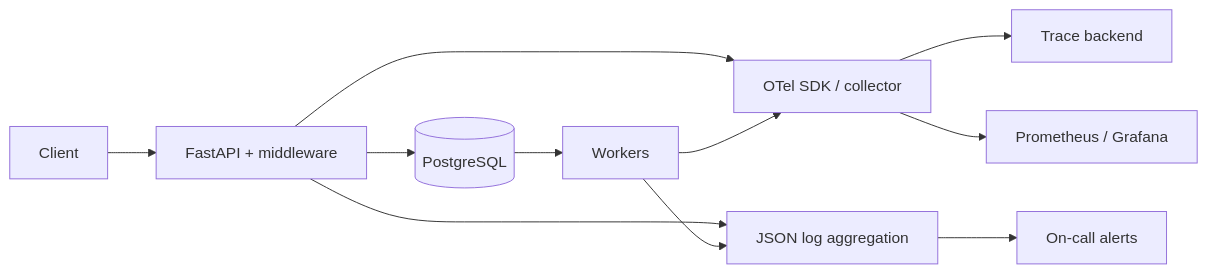
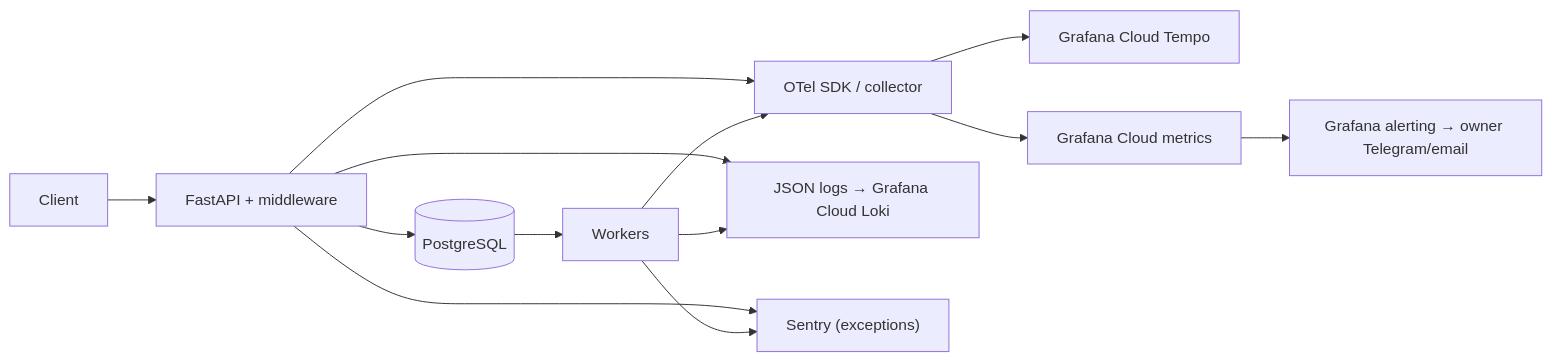
The diagram in docs/engineering/12_OBSERVABILITY_AND_TRACING.md (Ismoilkhan22/ai-commerce-backend), drawn with Mermaid before and after one commit. The commit also changed other lines of this file and 21 other files, not shown here.

````diff
--- a/docs/engineering/12_OBSERVABILITY_AND_TRACING.md
+++ b/docs/engineering/12_OBSERVABILITY_AND_TRACING.md
@@ -51,13 +52,15 @@
 ```mermaid
 flowchart LR
  Client --> API["FastAPI + middleware"]
  API --> DB[(PostgreSQL)]
  DB --> WK["Workers"]
  API --> OTEL["OTel SDK / collector"]
  WK --> OTEL
- OTEL --> TRACE["Trace backend"]
- OTEL --> METR["Prometheus / Grafana"]
- API --> LOGS["JSON log aggregation"]
+ OTEL --> TRACE["Grafana Cloud Tempo"]
+ OTEL --> METR["Grafana Cloud metrics"]
+ API --> LOGS["JSON logs → Grafana Cloud Loki"]
  WK --> LOGS
- LOGS --> ALERTS["On-call alerts"]
+ API --> SENTRY["Sentry (exceptions)"]
+ WK --> SENTRY
+ METR --> ALERTS["Grafana alerting → owner Telegram/email"]
 ```
````
